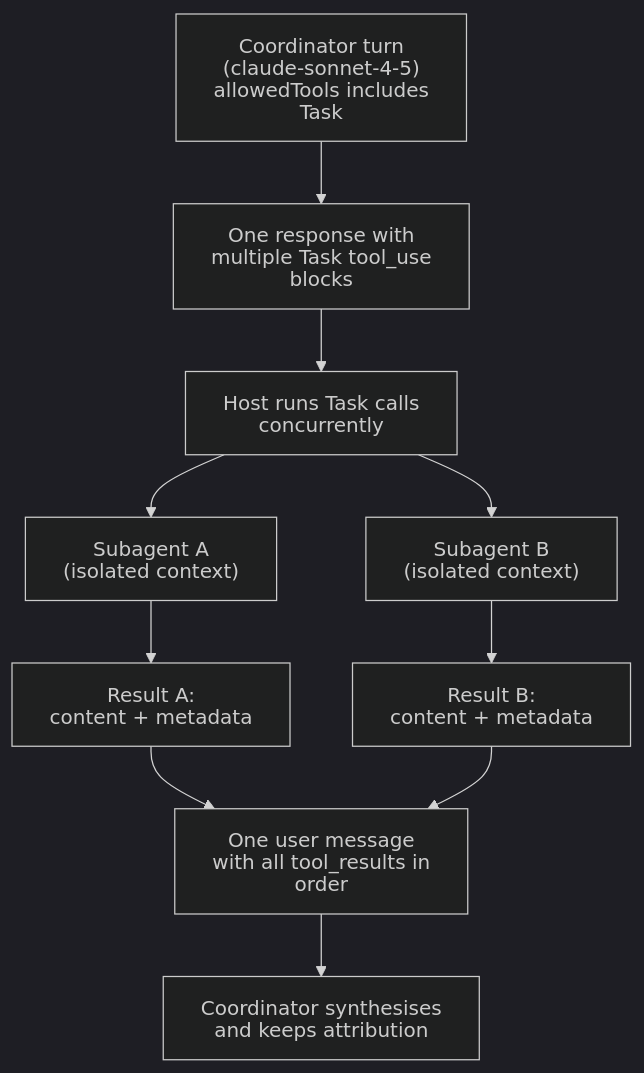
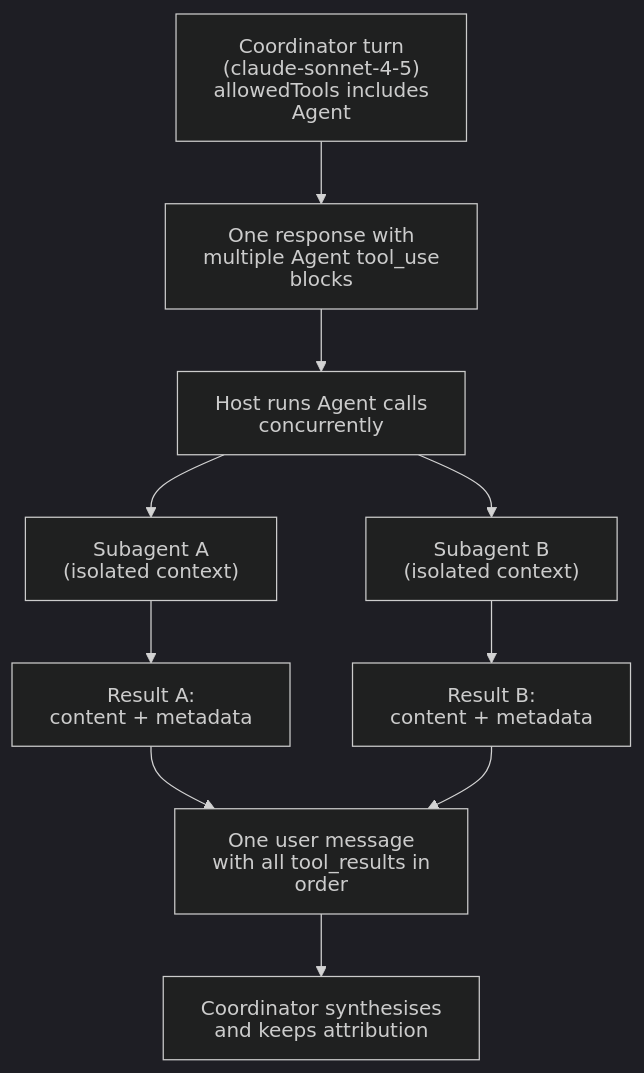
One commit to dip4k/claude_cert_architect_foundation_prep changed the diagram in domain1/ts_1_3_subagent_invocation_spawning/README.md. Above: the diagram before and after it, drawn with Mermaid (dark theme). The commit also changed other lines of this file and 8 other files, not shown here.

First line of the commit message:
Refactor subagent invocation from `Task` to `Agent` tool

````diff
--- a/domain1/ts_1_3_subagent_invocation_spawning/README.md
+++ b/domain1/ts_1_3_subagent_invocation_spawning/README.md
@@ -111,19 +114,19 @@
 ```mermaid
 ---
 config:
   htmlLabels: false
 ---
 flowchart TD
-    Coord["Coordinator turn<br>(claude-sonnet-4-5)<br>allowedTools includes Task"] --> Multi["One response with<br>multiple Task tool_use blocks"]
+    Coord["Coordinator turn<br>(claude-sonnet-4-5)<br>allowedTools includes Agent"] --> Multi["One response with<br>multiple Agent tool_use blocks"]
 
-    Multi --> Pool["Host runs Task calls<br>concurrently"]
+    Multi --> Pool["Host runs Agent calls<br>concurrently"]
     Pool --> A["Subagent A<br>(isolated context)"]
     Pool --> B["Subagent B<br>(isolated context)"]
 
     A --> RA["Result A:<br>content + metadata"]
     B --> RB["Result B:<br>content + metadata"]
 
     RA --> Collect["One user message<br>with all tool_results in order"]
     RB --> Collect
     Collect --> Next["Coordinator synthesises<br>and keeps attribution"]
 ```
````
